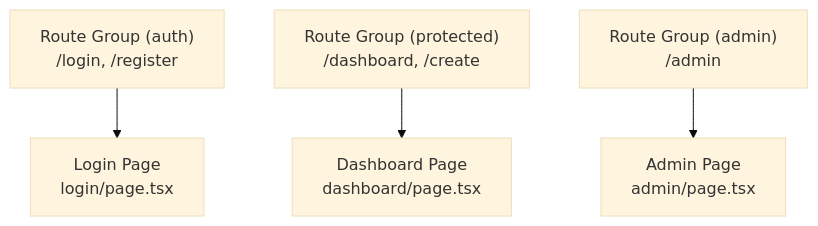
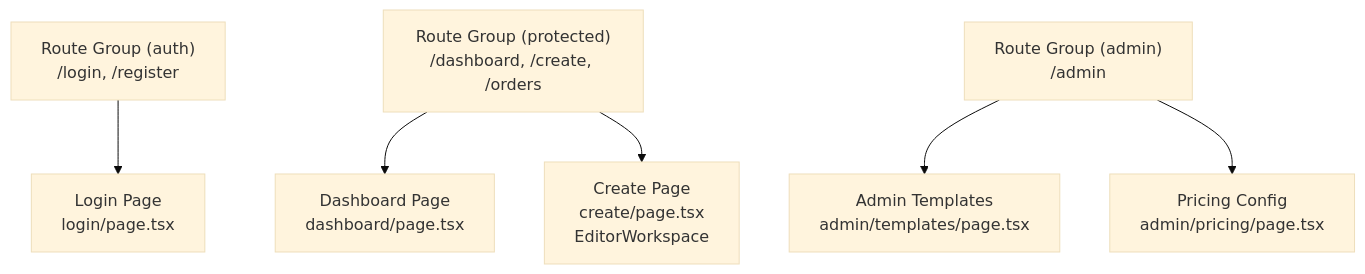
One commit to Crowdspender/titchybooks-app changed the fourth of 13 diagrams in .qoder/repowiki/en/content/Architecture Overview/Architecture Overview.md. Above: the diagram before and after it, drawn with Mermaid (base theme). The commit also changed other lines of this file and 62 other files, not shown here.

````diff
--- a/.qoder/repowiki/en/content/Architecture Overview/Architecture Overview.md
+++ b/.qoder/repowiki/en/content/Architecture Overview/Architecture Overview.md
@@ -226,9 +259,11 @@
 ```mermaid
 graph TB
 G1["Route Group (auth)<br/>/login, /register"]
-G2["Route Group (protected)<br/>/dashboard, /create"]
+G2["Route Group (protected)<br/>/dashboard, /create, /orders"]
 G3["Route Group (admin)<br/>/admin"]
 G1 --> P1["Login Page<br/>login/page.tsx"]
 G2 --> P2["Dashboard Page<br/>dashboard/page.tsx"]
-G3 --> P3["Admin Page<br/>admin/page.tsx"]
+G2 --> P3["Create Page<br/>create/page.tsx<br/>EditorWorkspace"]
+G3 --> P4["Admin Templates<br/>admin/templates/page.tsx"]
+G3 --> P5["Pricing Config<br/>admin/pricing/page.tsx"]
 ```
````
